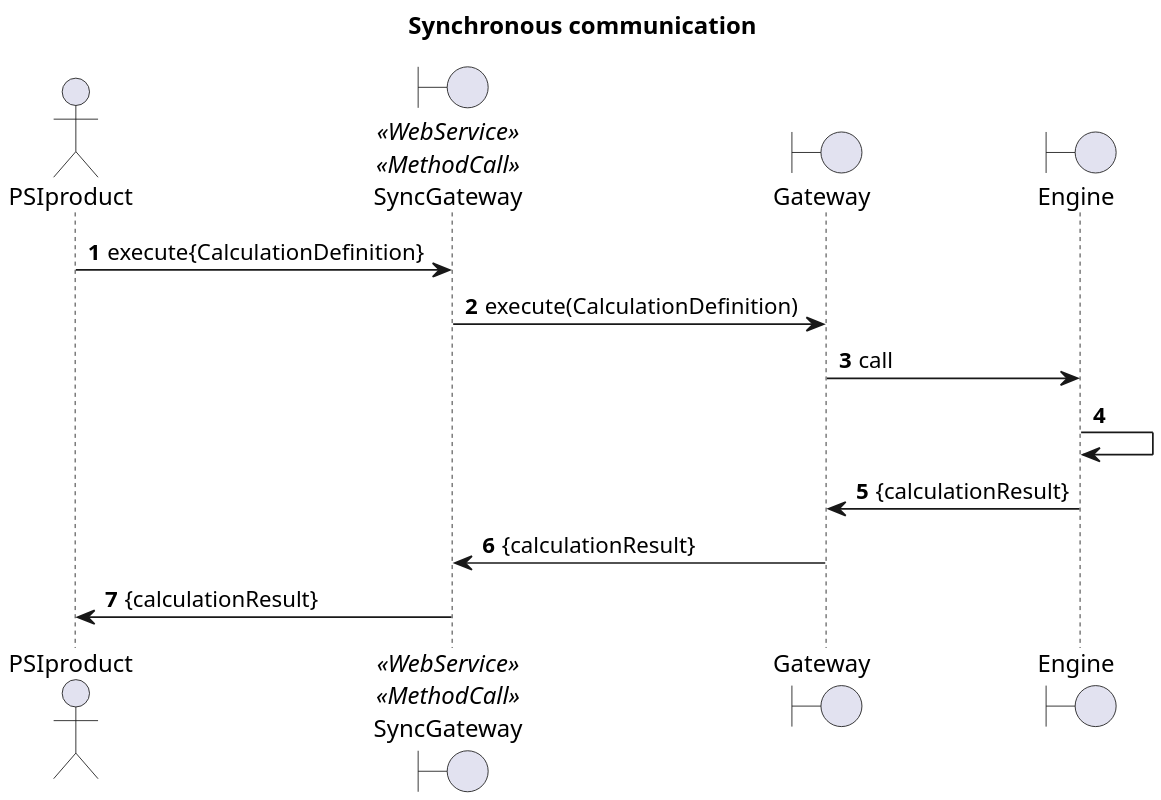
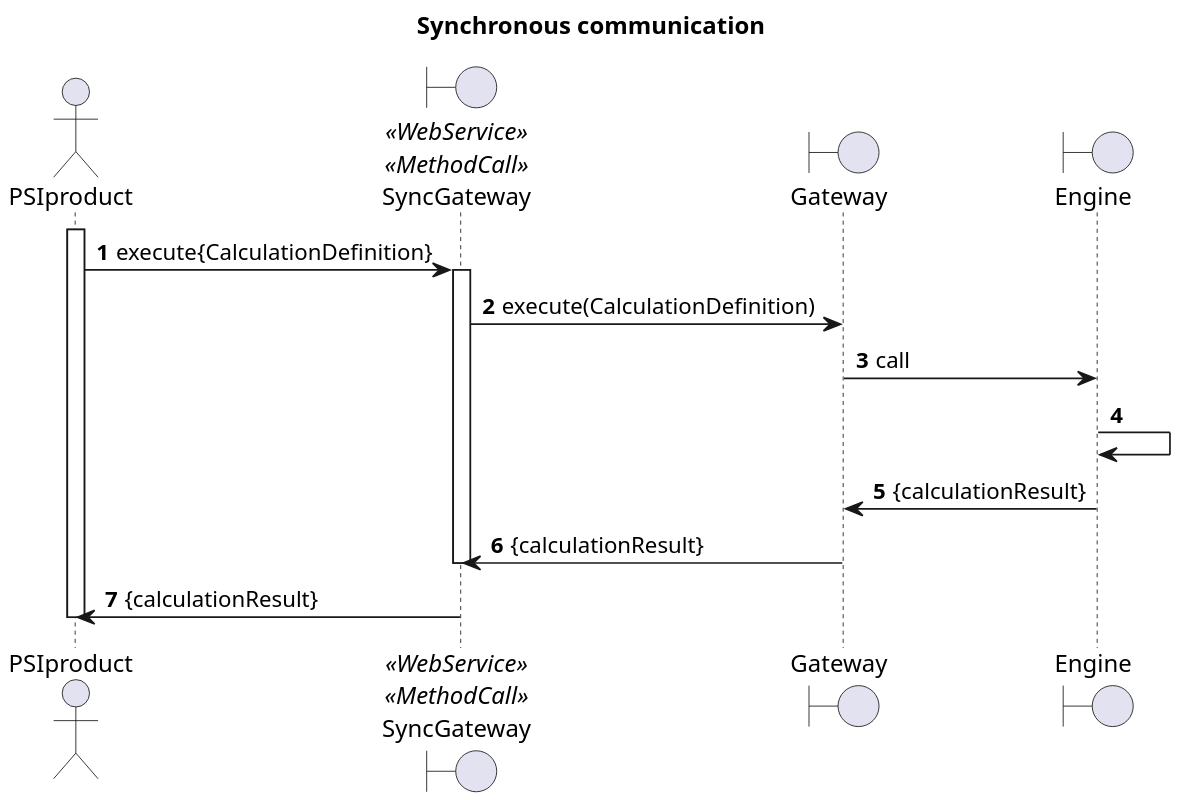
One commit to PSI-Polska/aaas-java6 changed the diagram in doc/useCases/2.1 syncCommunication.plantuml. Above: the diagram before and after it, drawn with PlantUML. The commit also changed 3 other files, not shown here.

```diff
--- a/doc/useCases/2.1 syncCommunication.plantuml
+++ b/doc/useCases/2.1 syncCommunication.plantuml
@@ -1,20 +1,24 @@
 @startuml
 skinparam dpi 200
 
 title Synchronous communication
 
 actor PSIproduct
 boundary SyncGateway as Sync <<WebService>> <<MethodCall>>
 boundary Gateway
 boundary Engine as Engine
 
 autonumber
+activate PSIproduct
 PSIproduct -> Sync: execute{CalculationDefinition}
+activate Sync
 Sync -> Gateway: execute(CalculationDefinition)
 Gateway -> Engine: call
 Engine -> Engine
 Engine -> Gateway: {calculationResult}
 Gateway -> Sync: {calculationResult}
+deactivate Sync
 Sync -> PSIproduct: {calculationResult}
+deactivate PSIproduct
 
 @enduml
```
